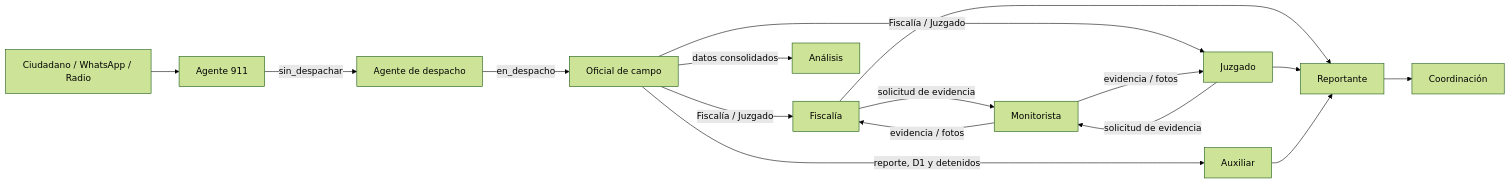
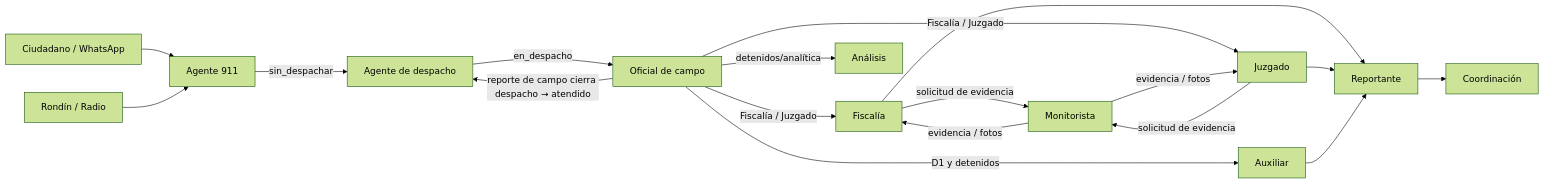
Before and after one commit to CESARBR2025/sentinel-qa: the diagram in boveda/🧩 Features/Flujos por Rol.md, drawn with Mermaid (forest theme). The commit also changed other lines of this file and 27 other files, not shown here.

````diff
--- a/boveda/🧩 Features/Flujos por Rol.md
+++ b/boveda/🧩 Features/Flujos por Rol.md
@@ -9,18 +9,20 @@
 ```mermaid
 flowchart LR
-  C[Ciudadano / WhatsApp / Radio] --> A911[Agente 911]
+  C[Ciudadano / WhatsApp] --> A911[Agente 911]
+  RONDIN[Rondín / Radio] --> A911
   A911 -->|sin_despachar| DES[Agente de despacho]
   DES -->|en_despacho| OFI[Oficial de campo]
-  OFI -->|reporte, D1 y detenidos| AUX[Auxiliar]
+  OFI -->|reporte de campo cierra despacho → atendido| DES
+  OFI -->|D1 y detenidos| AUX[Auxiliar]
   OFI -->|Fiscalía / Juzgado| FIS[Fiscalía]
   OFI -->|Fiscalía / Juzgado| JUZ[Juzgado]
   FIS -->|solicitud de evidencia| MON[Monitorista]
   JUZ -->|solicitud de evidencia| MON
   MON -->|evidencia / fotos| FIS
   MON -->|evidencia / fotos| JUZ
-  OFI -->|datos consolidados| ANA[Análisis]
+  OFI -->|detenidos/analítica| ANA[Análisis]
   FIS --> REP[Reportante]
   JUZ --> REP
   AUX --> REP
   REP --> COOR[Coordinación]
 ```
````
